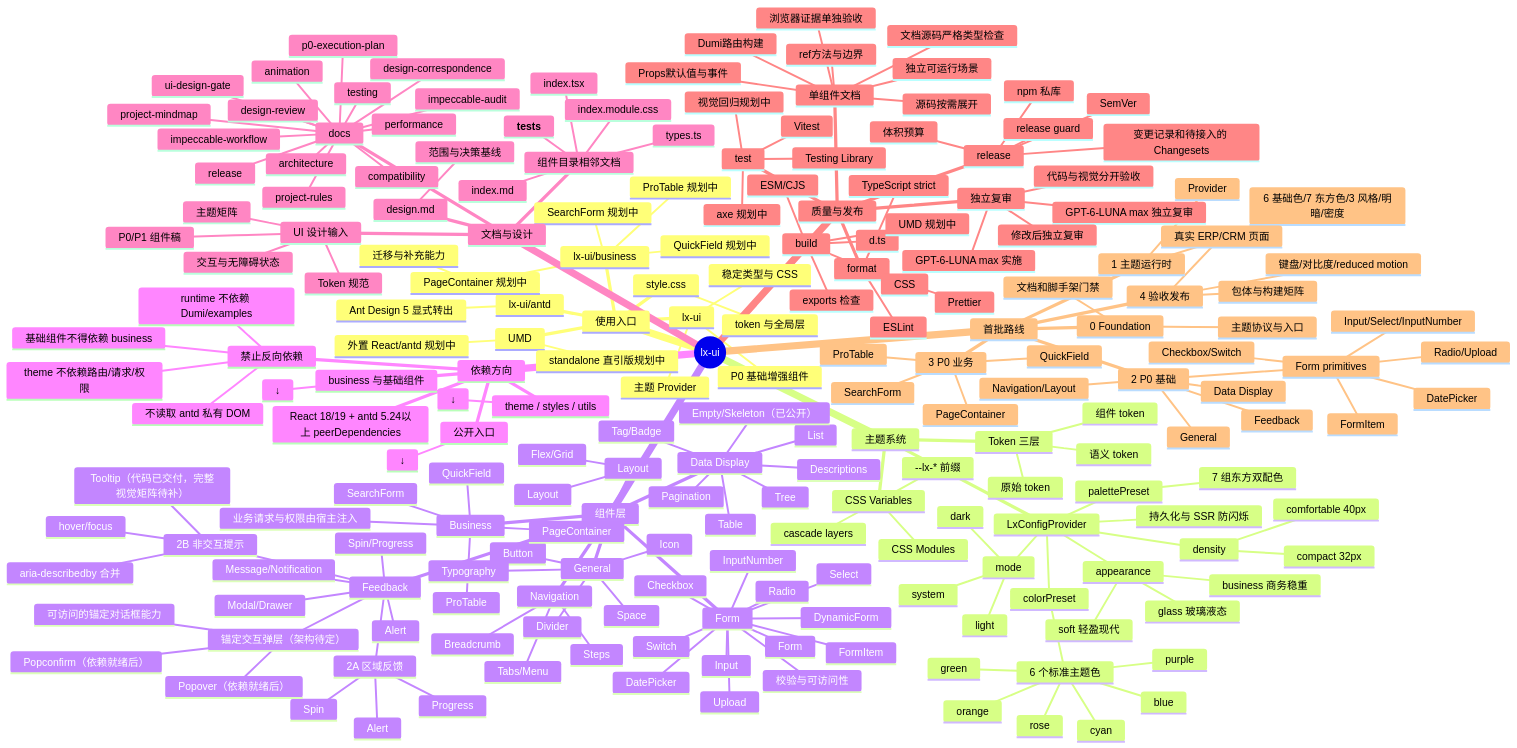
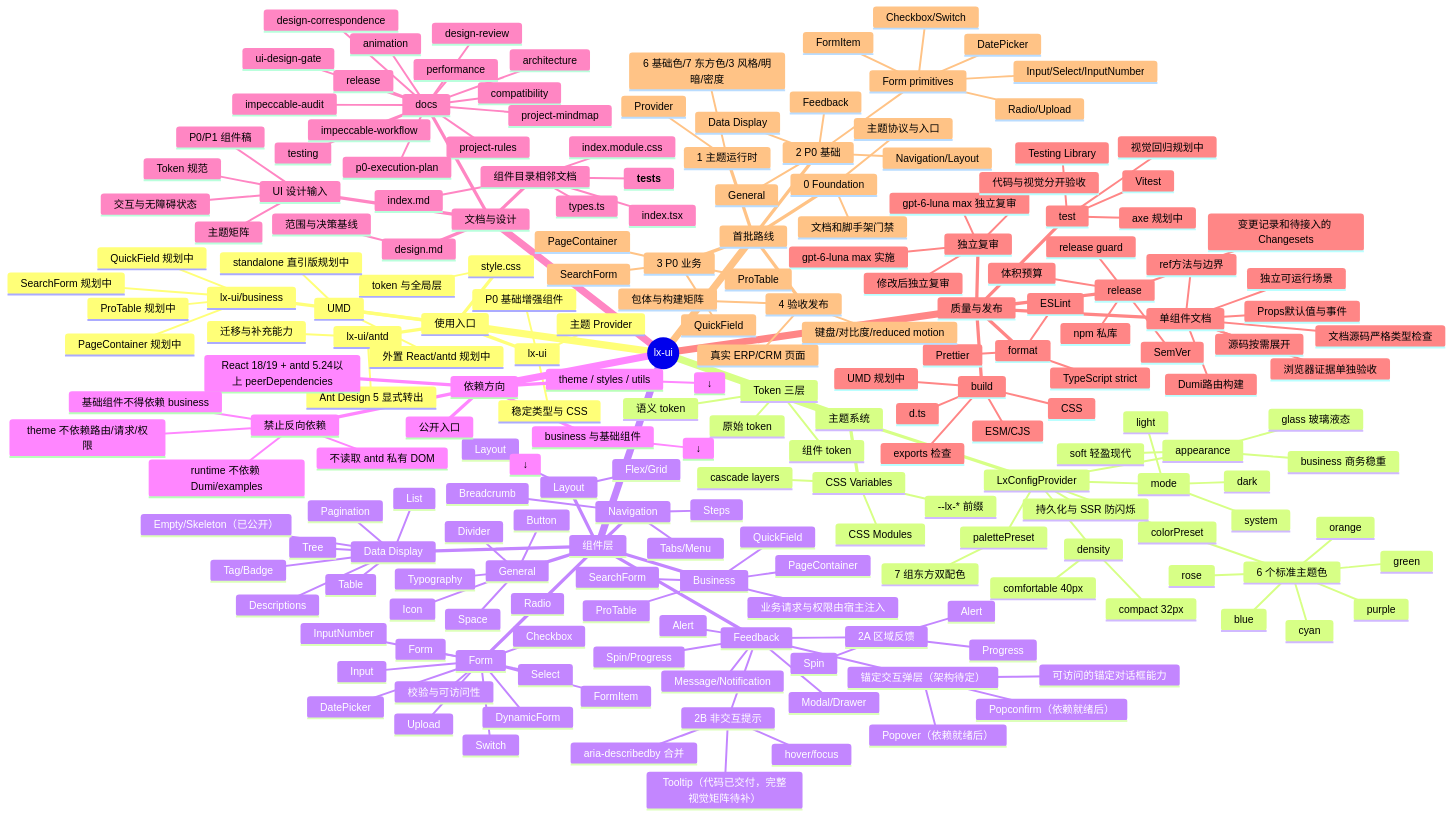
One commit to 1eonz/lz-ui changed the diagram in docs/project-mindmap.md. Above: the diagram before and after it, drawn with Mermaid. The commit also changed 34 other files, not shown here.

```diff
--- a/docs/project-mindmap.md
+++ b/docs/project-mindmap.md
@@ -166,8 +166,8 @@
         axe 规划中
         视觉回归规划中
       独立复审
-        GPT-6-LUNA max 实施
-        GPT-6-LUNA max 独立复审
+        gpt-6-luna max 实施
+        gpt-6-luna max 独立复审
         修改后独立复审
         代码与视觉分开验收
       单组件文档
```
